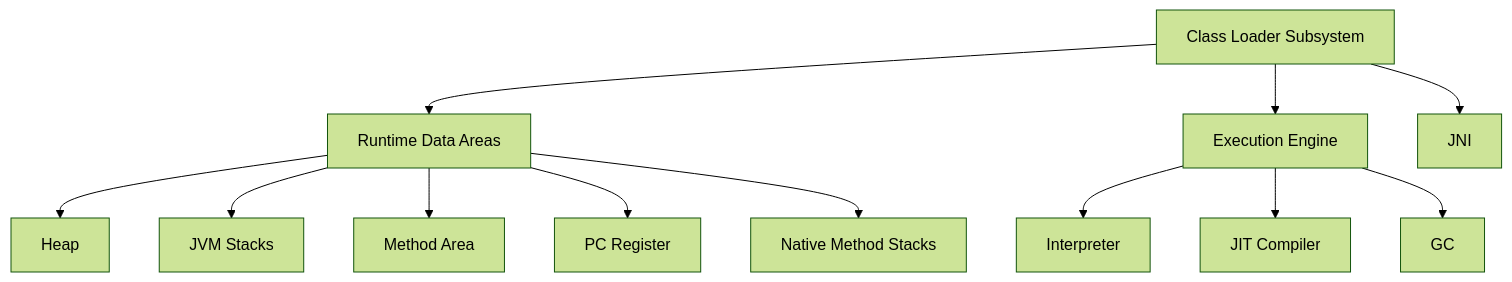
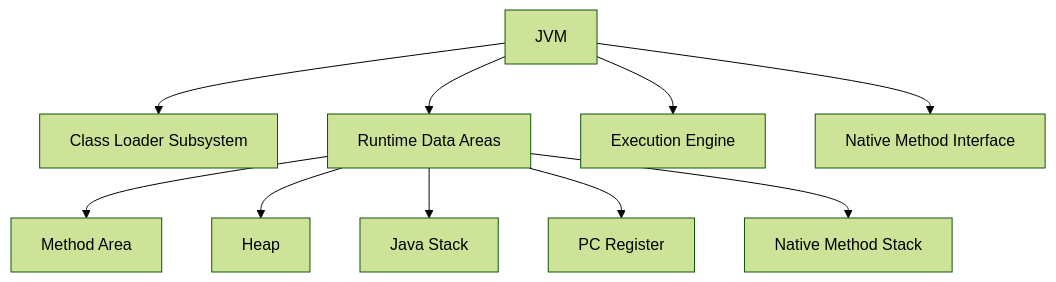
The first of 2 diagrams in jvm-internals-and-class-loading/README.md (VrushankPatel/interview-matters), drawn with Mermaid (forest theme) before and after one commit. The commit also changed other lines of this file and 5 other files, not shown here.

Commit message:
kb: add/update topics java-fundamentals, oop-principles-in-java, jvm-internals-and-class-loading, garbage-collection-algorithms, multithreading-and-concurrency-in-java

````diff
--- a/jvm-internals-and-class-loading/README.md
+++ b/jvm-internals-and-class-loading/README.md
@@ -24,14 +21,13 @@
 ```mermaid
 graph TD
-    A[Class Loader Subsystem] --> B[Runtime Data Areas]
-    B --> C[Heap]
-    B --> D[JVM Stacks]
-    B --> E[Method Area]
-    B --> F[PC Register]
-    B --> G[Native Method Stacks]
-    A --> H[Execution Engine]
-    H --> I[Interpreter]
-    H --> J[JIT Compiler]
-    H --> K[GC]
-    A --> L[JNI]
+    A[JVM] --> B[Class Loader Subsystem]
+    A --> C[Runtime Data Areas]
+    A --> D[Execution Engine]
+    A --> E[Native Method Interface]
+    
+    C --> F[Method Area]
+    C --> G[Heap]
+    C --> H[Java Stack]
+    C --> I[PC Register]
+    C --> J[Native Method Stack]
 ```
````
